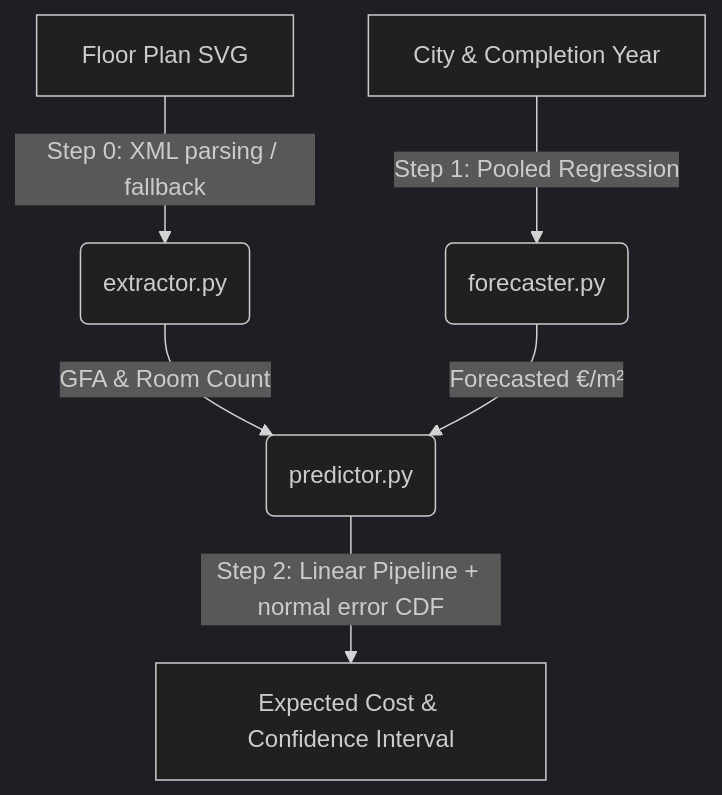
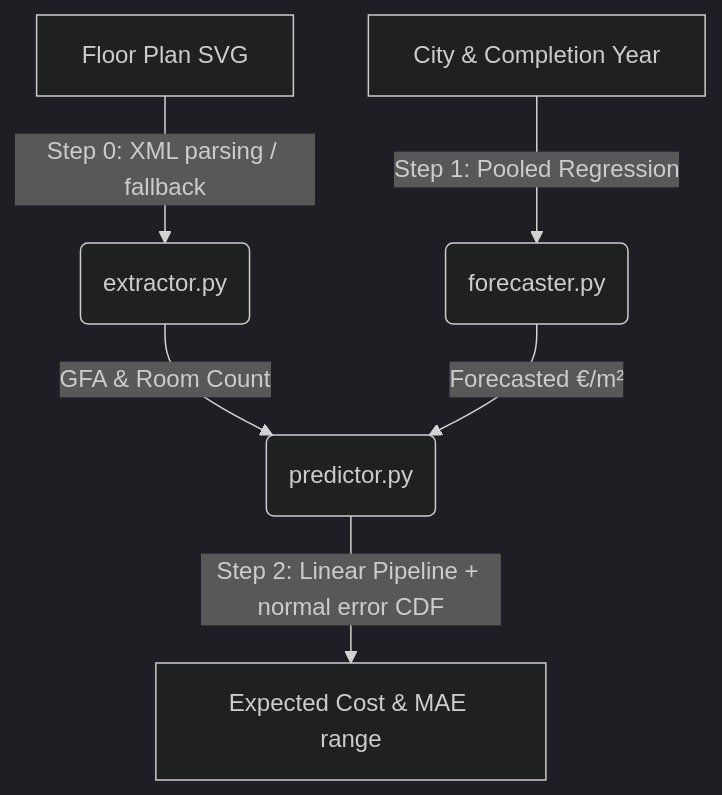
The diagram in README.md (nuurrisya-artinamuti/sim-to-real-cost-predictor), drawn with Mermaid (dark theme) before and after one commit. The commit also changed other lines of this file and 1 other file, not shown here.

````diff
--- a/README.md
+++ b/README.md
@@ -30,10 +29,10 @@
 ```mermaid
 graph TD
     SVG[Floor Plan SVG] -->|Step 0: XML parsing / fallback| Extractor(extractor.py)
     Extractor -->|GFA & Room Count| Predictor(predictor.py)
     
     Inputs[City & Completion Year] -->|Step 1: Pooled Regression| Forecaster(forecaster.py)
     Forecaster -->|Forecasted €/m²| Predictor
     
-    Predictor -->|Step 2: Linear Pipeline + normal error CDF| Outputs[Expected Cost & Confidence Interval]
+    Predictor -->|Step 2: Linear Pipeline + normal error CDF| Outputs[Expected Cost & MAE range]
 ```
````
